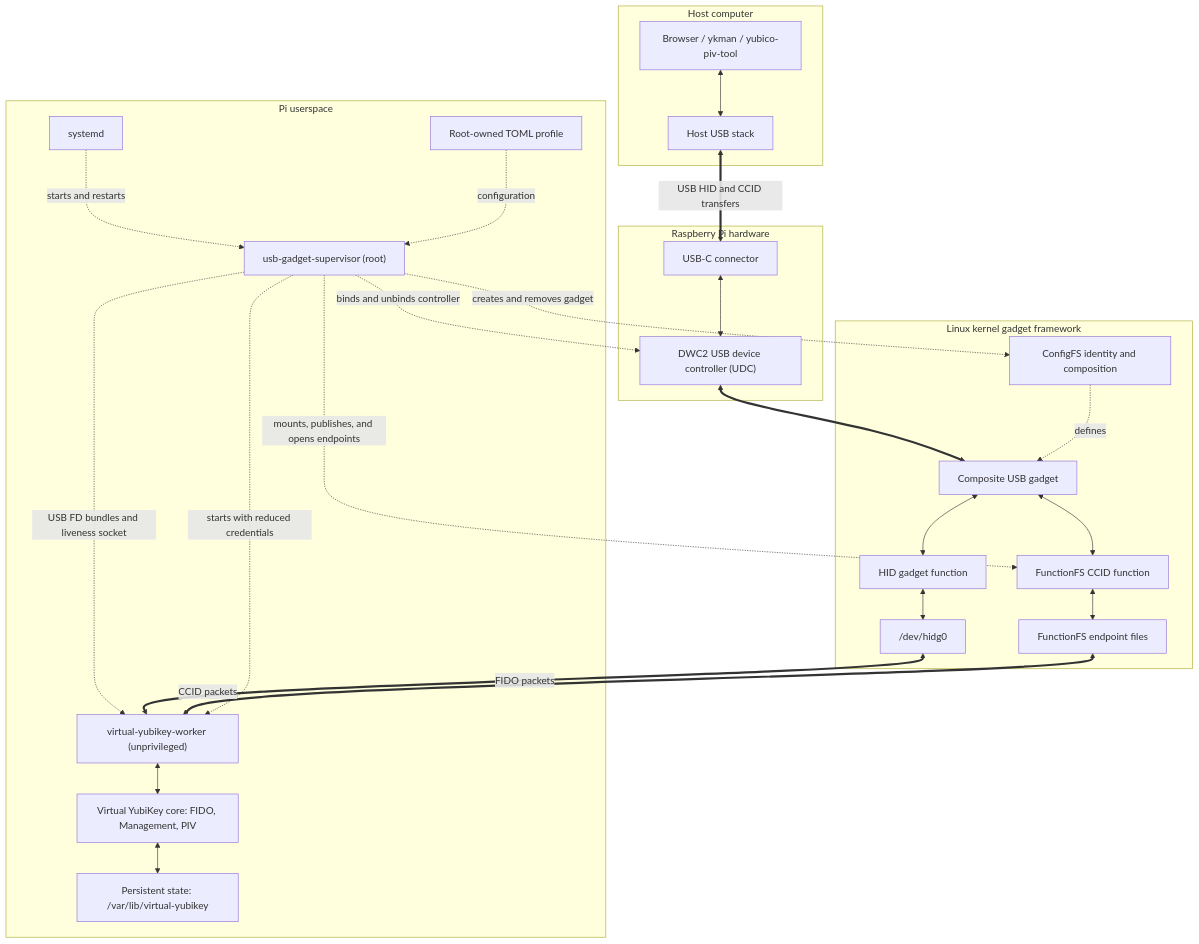
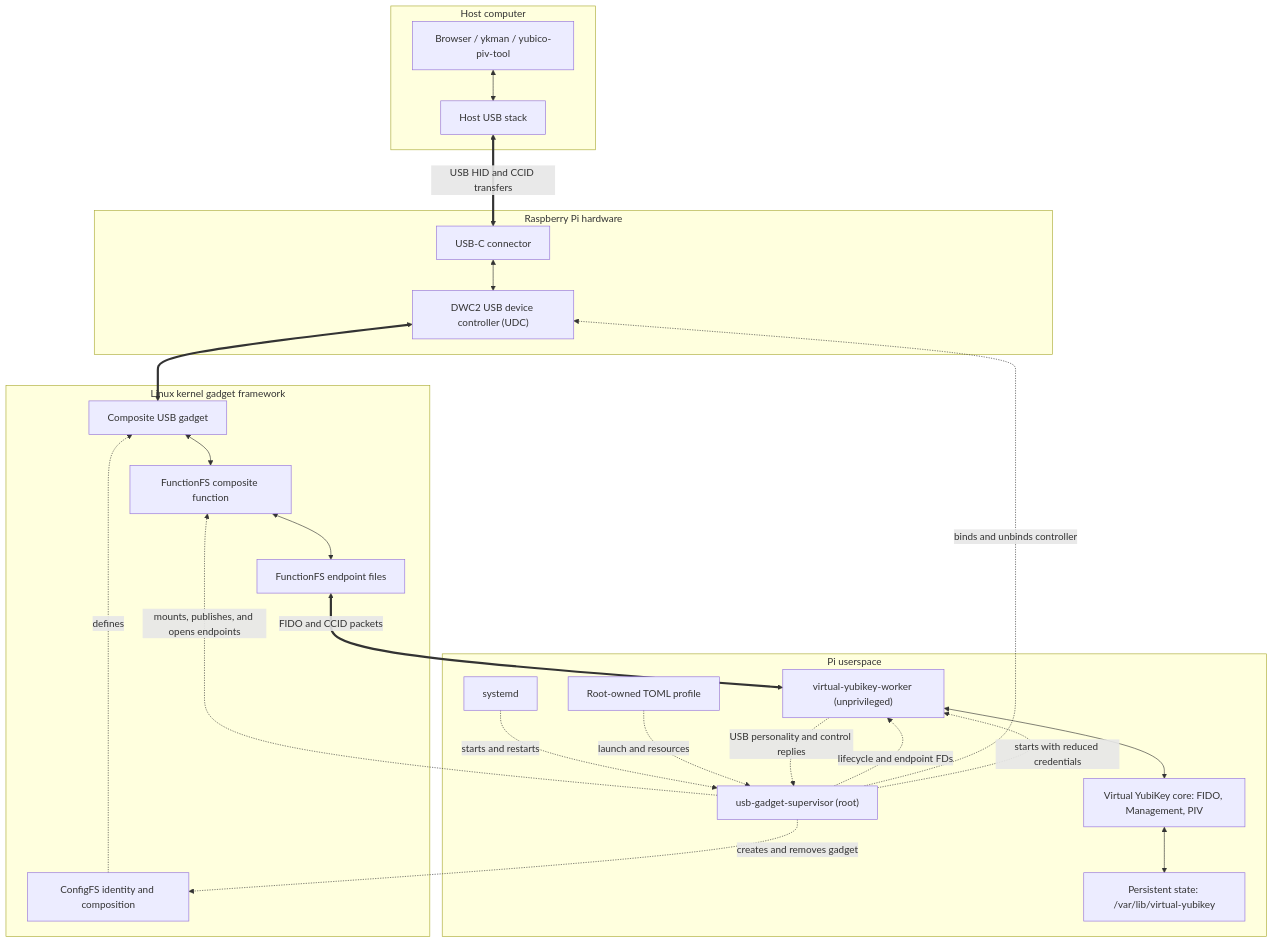
One commit to qpernil/virtual-yubikey changed the first of 5 diagrams in docs/usb-gadget-architecture.md. Above: the diagram before and after it, drawn with Mermaid. The commit also changed other lines of this file and 11 other files, not shown here.

Commit message:
Adopt worker-owned USB personality protocol

````diff
--- a/docs/usb-gadget-architecture.md
+++ b/docs/usb-gadget-architecture.md
@@ -17,55 +17,51 @@
 ```mermaid
 flowchart TB
     subgraph Host["Host computer"]
         Apps["Browser / ykman / yubico-piv-tool"]
         HostUSB["Host USB stack"]
         Apps <--> HostUSB
     end
 
     HostUSB <== "USB HID and CCID transfers" ==> USBC
 
     subgraph Hardware["Raspberry Pi hardware"]
         USBC["USB-C connector"]
         DWC2["DWC2 USB device controller (UDC)"]
         USBC <--> DWC2
     end
 
     DWC2 <==> GadgetCore
 
     subgraph Kernel["Linux kernel gadget framework"]
         GadgetCore["Composite USB gadget"]
         ConfigFS["ConfigFS identity and composition"]
-        HID["HID gadget function"]
-        FFS["FunctionFS CCID function"]
-        HIDDev["/dev/hidg0"]
+        FFS["FunctionFS composite function"]
         FFSEps["FunctionFS endpoint files"]
 
         ConfigFS -. "defines" .-> GadgetCore
-        GadgetCore <--> HID
         GadgetCore <--> FFS
-        HID <--> HIDDev
         FFS <--> FFSEps
     end
 
     subgraph Userspace["Pi userspace"]
         Systemd["systemd"]
         Profile["Root-owned TOML profile"]
         Supervisor["usb-gadget-supervisor (root)"]
         Worker["virtual-yubikey-worker (unprivileged)"]
         Core["Virtual YubiKey core: FIDO, Management, PIV"]
         State["Persistent state: /var/lib/virtual-yubikey"]
 
         Systemd -. "starts and restarts" .-> Supervisor
-        Profile -. "configuration" .-> Supervisor
-        Supervisor -. "USB FD bundles and liveness socket" .-> Worker
-        HIDDev <== "FIDO packets" ==> Worker
-        FFSEps <== "CCID packets" ==> Worker
+        Profile -. "launch and resources" .-> Supervisor
+        Worker -. "USB personality and control replies" .-> Supervisor
+        Supervisor -. "lifecycle and endpoint FDs" .-> Worker
+        FFSEps <== "FIDO and CCID packets" ==> Worker
         Worker <--> Core
         Core <--> State
     end
 
     Supervisor -. "creates and removes gadget" .-> ConfigFS
     Supervisor -. "mounts, publishes, and opens endpoints" .-> FFS
     Supervisor -. "binds and unbinds controller" .-> DWC2
     Supervisor -. "starts with reduced credentials" .-> Worker
 ```
````
